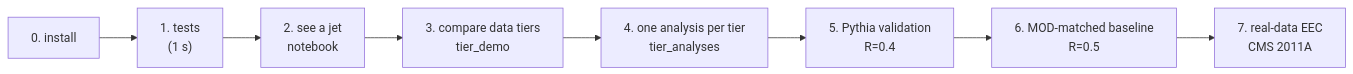
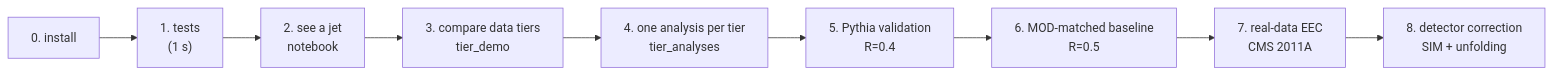
Before and after one commit to NhWee/Jet_analysis_beginner: the first of 2 diagrams in docs/GUIDE.en.md, drawn with Mermaid. The commit also changed other lines of this file and 2 other files, not shown here.

````diff
--- a/docs/GUIDE.en.md
+++ b/docs/GUIDE.en.md
@@ -25,10 +25,11 @@
 ```mermaid
 flowchart LR
     S0["0. install"] --> S1["1. tests<br/>(1 s)"]
     S1 --> S2["2. see a jet<br/>notebook"]
     S2 --> S3["3. compare data tiers<br/>tier_demo"]
     S3 --> S4["4. one analysis per tier<br/>tier_analyses"]
     S4 --> S5["5. Pythia validation<br/>R=0.4"]
     S5 --> S6["6. MOD-matched baseline<br/>R=0.5"]
     S6 --> S7["7. real-data EEC<br/>CMS 2011A"]
+    S7 --> S8["8. detector correction<br/>SIM + unfolding"]
 ```
````
